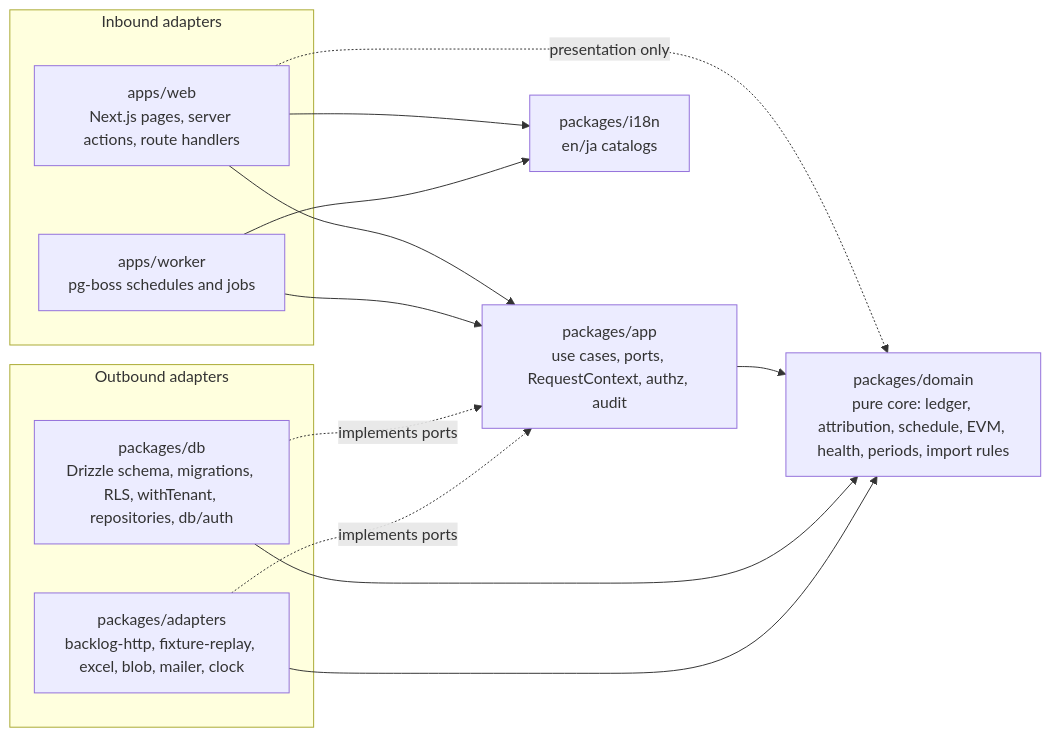
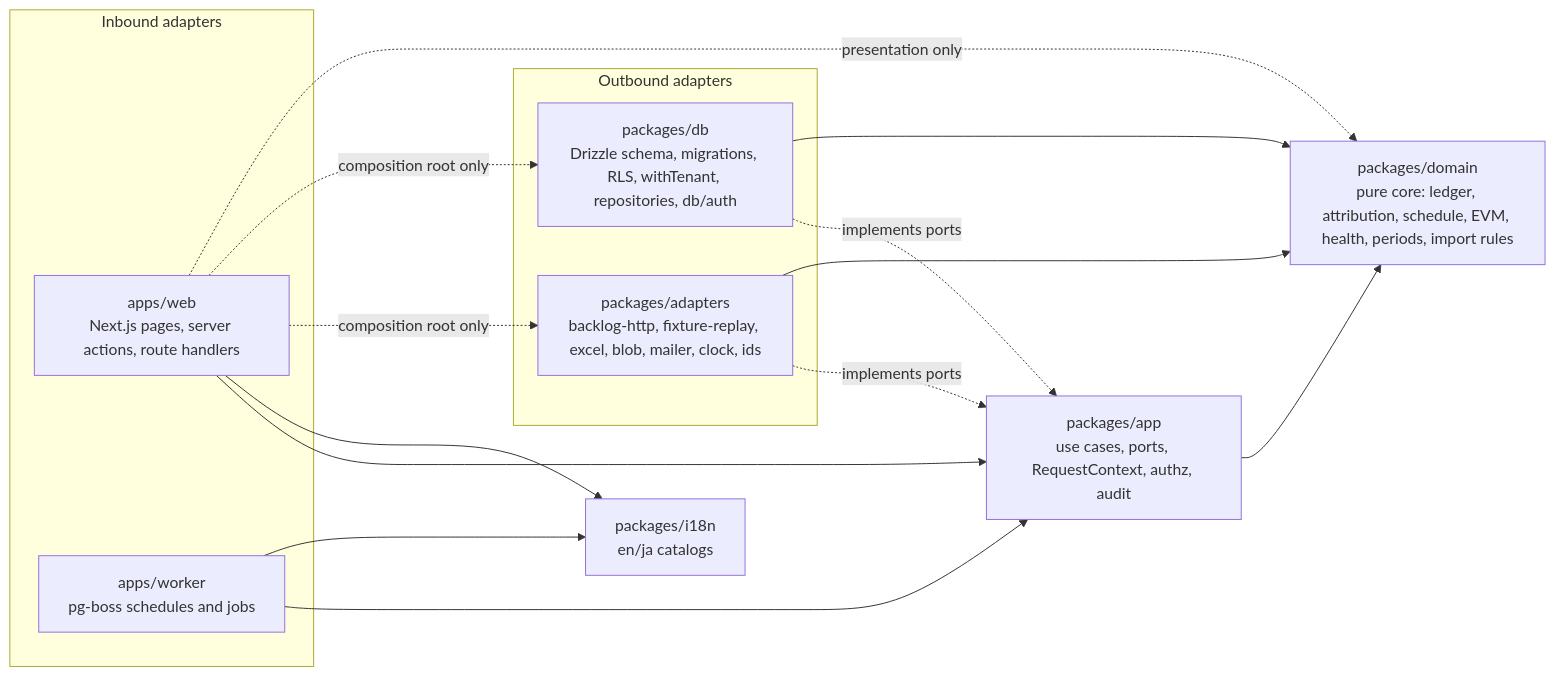
Before and after one commit to hoanghainh1188/momo-keikaku: the first of 6 diagrams in _bmad-output/planning-artifacts/architecture/architecture-momo-keikaku-2026-09-20/ARCHITECTURE-SPINE.md, drawn with Mermaid. The commit also changed other lines of this file and 57 other files, not shown here.

````diff
--- a/_bmad-output/planning-artifacts/architecture/architecture-momo-keikaku-2026-09-20/ARCHITECTURE-SPINE.md
+++ b/_bmad-output/planning-artifacts/architecture/architecture-momo-keikaku-2026-09-20/ARCHITECTURE-SPINE.md
@@ -49,24 +50,26 @@
 ```mermaid
 flowchart LR
   subgraph inbound[Inbound adapters]
     WEB[apps/web<br/>Next.js pages, server actions, route handlers]
     WRK[apps/worker<br/>pg-boss schedules and jobs]
   end
   APP[packages/app<br/>use cases, ports, RequestContext, authz, audit]
   DOM[packages/domain<br/>pure core: ledger, attribution, schedule, EVM, health, periods, import rules]
   I18N[packages/i18n<br/>en/ja catalogs]
   subgraph outbound[Outbound adapters]
     DB[packages/db<br/>Drizzle schema, migrations, RLS, withTenant, repositories, db/auth]
-    ADP[packages/adapters<br/>backlog-http, fixture-replay, excel, blob, mailer, clock]
+    ADP[packages/adapters<br/>backlog-http, fixture-replay, excel, blob, mailer, clock, ids]
   end
   WEB --> APP
   WRK --> APP
   WEB --> I18N
+  WEB -. composition root only .-> ADP
+  WEB -. composition root only .-> DB
   WEB -. presentation only .-> DOM
   WRK --> I18N
   APP --> DOM
   DB -. implements ports .-> APP
   ADP -. implements ports .-> APP
   DB --> DOM
   ADP --> DOM
 ```
````
